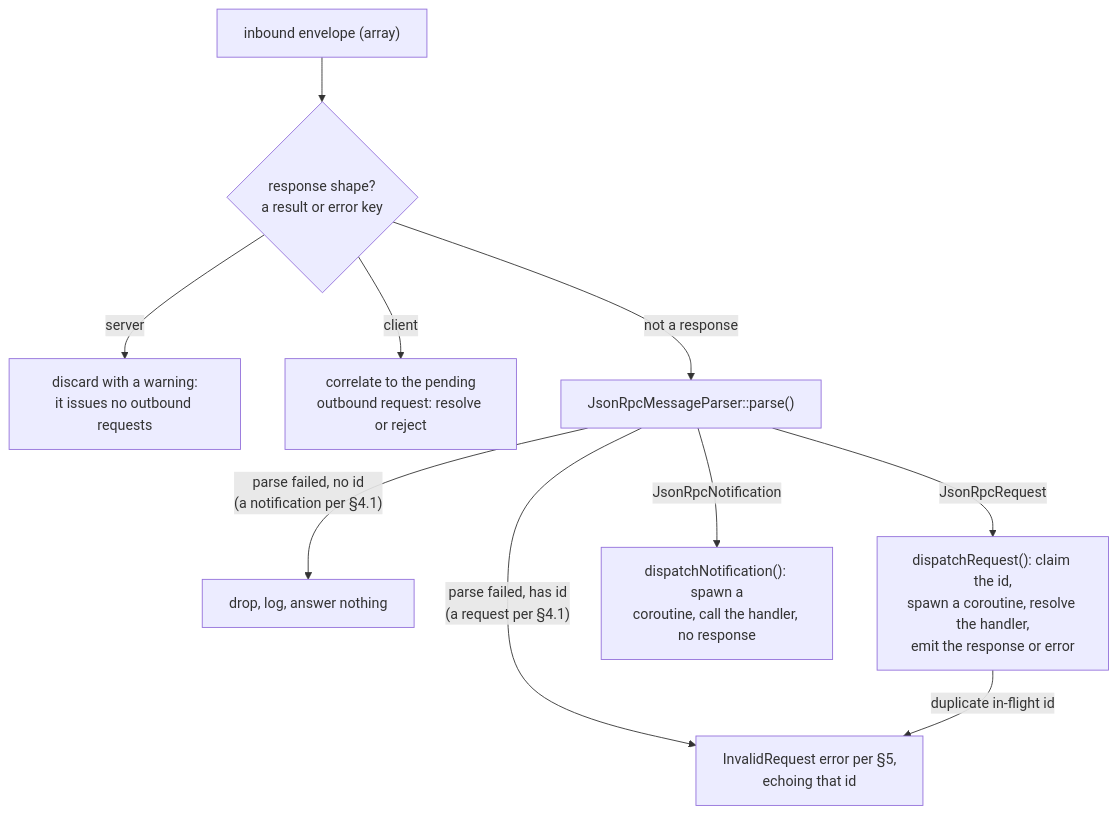
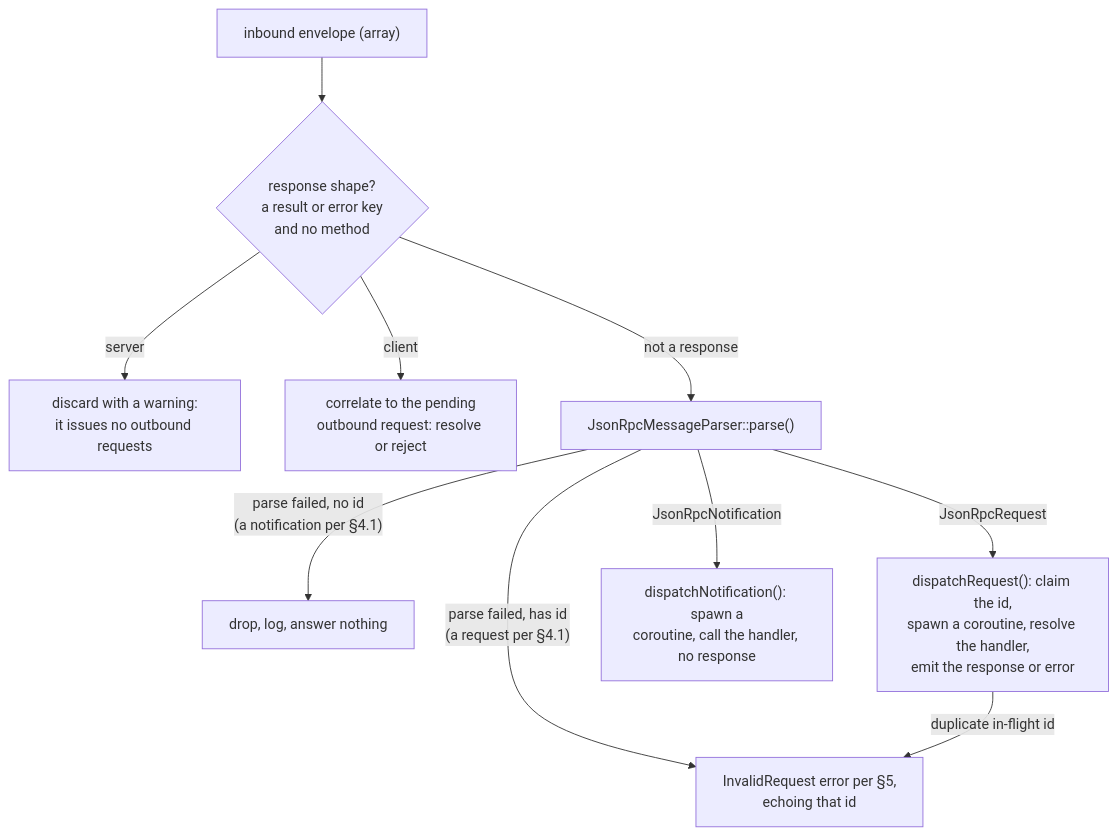
One commit to NexusPHP/mcp changed the diagram in docs/architecture.md. Above: the diagram before and after it, drawn with Mermaid. The commit also changed other lines of this file and 12 other files, not shown here.

Commit message:
Refuse an envelope naming a method beside a result or an error

````diff
--- a/docs/architecture.md
+++ b/docs/architecture.md
@@ -99,12 +99,12 @@
 ```mermaid
 flowchart TD
-    A["inbound envelope (array)"] --> B{"response shape?<br>a result or error key"}
+    A["inbound envelope (array)"] --> B{"response shape?<br>a result or error key<br>and no method"}
     B -- "server" --> C["discard with a warning:<br>it issues no outbound requests"]
     B -- "client" --> D["correlate to the pending<br>outbound request: resolve or reject"]
     B -- "not a response" --> E["JsonRpcMessageParser::parse()"]
     E -- "parse failed, no id<br>(a notification per §4.1)" --> F["drop, log, answer nothing"]
     E -- "parse failed, has id<br>(a request per §4.1)" --> G["InvalidRequest error per §5,<br>echoing that id"]
     E -- "JsonRpcRequest" --> H["dispatchRequest(): claim the id,<br>spawn a coroutine, resolve the handler,<br>emit the response or error"]
     E -- "JsonRpcNotification" --> I["dispatchNotification(): spawn a<br>coroutine, call the handler, no response"]
     H -- "duplicate in-flight id" --> G
 ```
````
